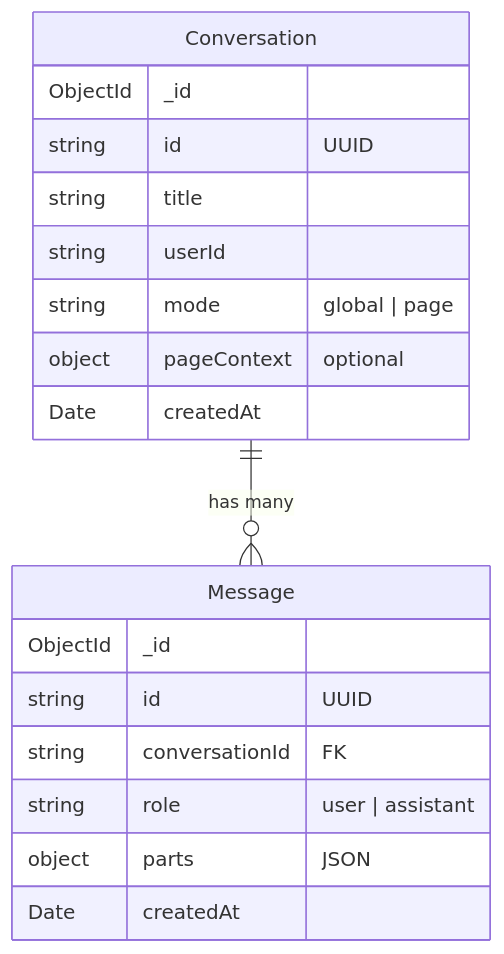
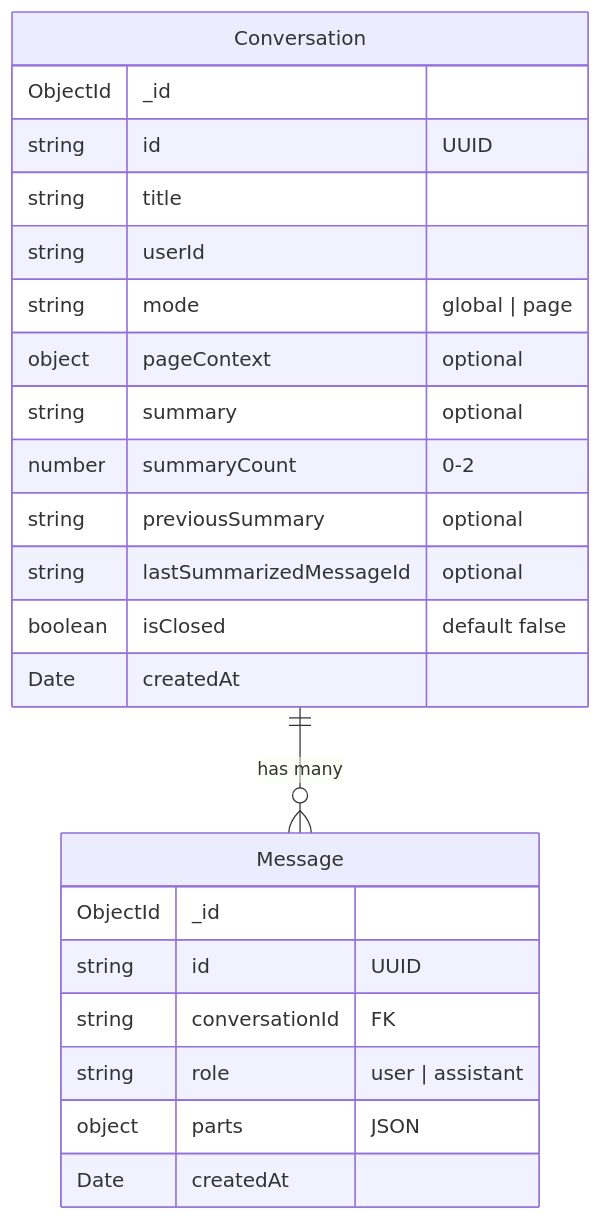
One commit to alex-paystack/command-centre-api changed the diagram in docs/database.md. Above: the diagram before and after it, drawn with Mermaid. The commit also changed other lines of this file and 20 other files, not shown here.

````diff
--- a/docs/database.md
+++ b/docs/database.md
@@ -153,23 +174,28 @@
 ```mermaid
 erDiagram
     Conversation {
         ObjectId _id
         string id "UUID"
         string title
         string userId
         string mode "global | page"
         object pageContext "optional"
+        string summary "optional"
+        number summaryCount "0-2"
+        string previousSummary "optional"
+        string lastSummarizedMessageId "optional"
+        boolean isClosed "default false"
         Date createdAt
     }
 
     Message {
         ObjectId _id
         string id "UUID"
         string conversationId "FK"
         string role "user | assistant"
         object parts "JSON"
         Date createdAt
     }
 
     Conversation ||--o{ Message : "has many"
 ```
````
